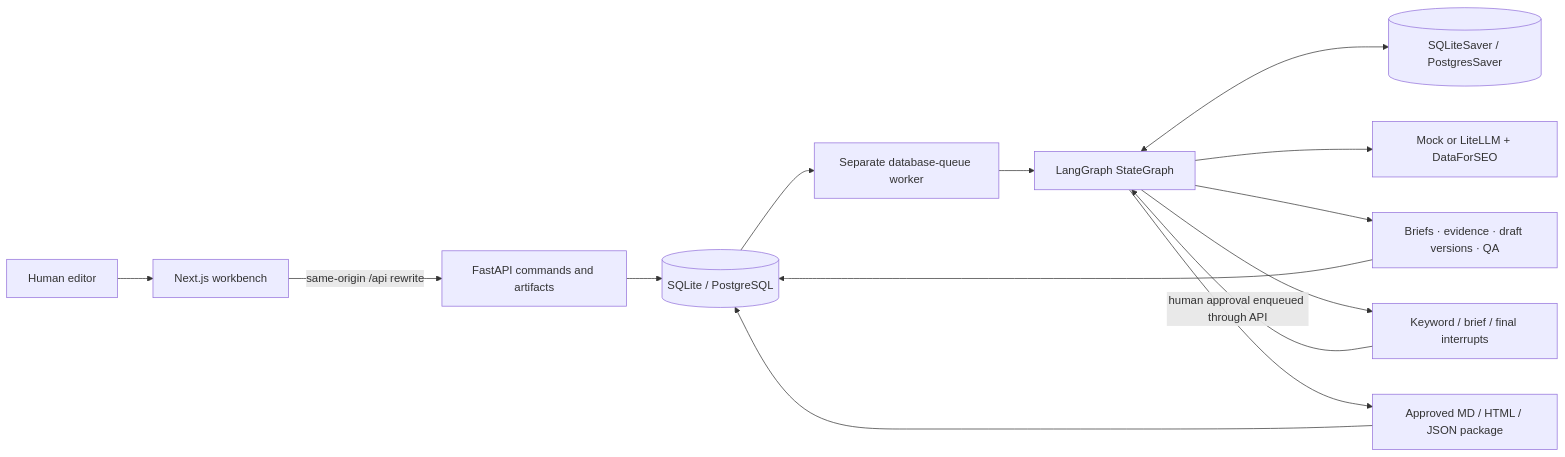
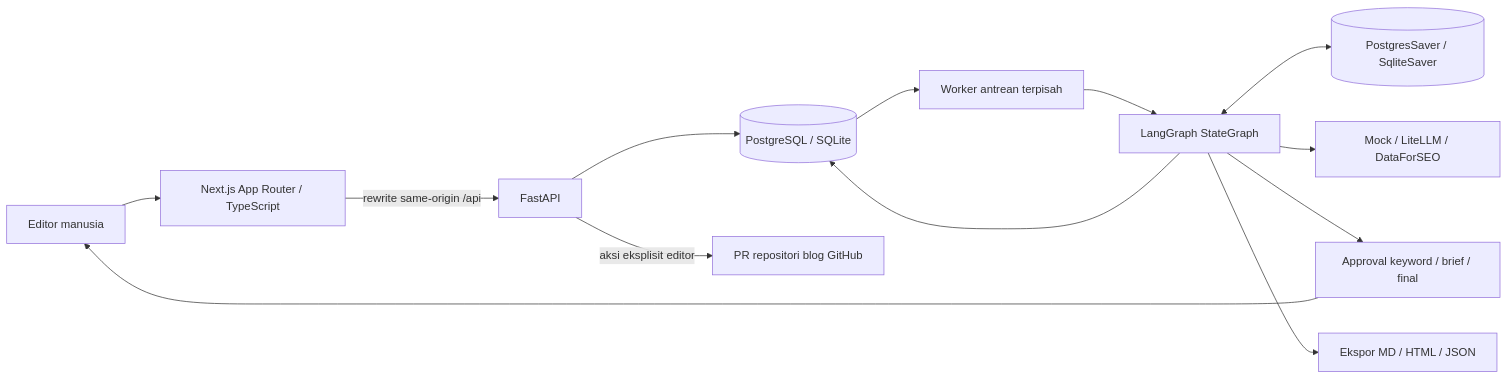
One commit to benih-dev/seo-content-intelligence changed the diagram in README.md. Above: the diagram before and after it, drawn with Mermaid. The commit also changed other lines of this file and 1 other file, not shown here.

````diff
--- a/README.md
+++ b/README.md
@@ -117,16 +51,15 @@
 ```mermaid
 flowchart LR
-    Editor[Human editor] --> Web[Next.js workbench]
-    Web -->|same-origin /api rewrite| API[FastAPI commands and artifacts]
-    API --> DB[(SQLite / PostgreSQL)]
-    DB --> Worker[Separate database-queue worker]
+    Editor[Editor manusia] --> Web[Next.js App Router / TypeScript]
+    Web -->|rewrite same-origin /api| API[FastAPI]
+    API --> DB[(PostgreSQL / SQLite)]
+    DB --> Worker[Worker antrean terpisah]
     Worker --> Graph[LangGraph StateGraph]
-    Graph <--> Checkpoints[(SQLiteSaver / PostgresSaver)]
-    Graph --> Providers[Mock or LiteLLM + DataForSEO]
-    Graph --> Artifacts[Briefs · evidence · draft versions · QA]
-    Artifacts --> DB
-    Graph --> Gates[Keyword / brief / final interrupts]
-    Gates -->|human approval enqueued through API| Graph
-    Graph --> Export[Approved MD / HTML / JSON package]
-    Export --> DB
+    Graph <--> Checkpoint[(PostgresSaver / SqliteSaver)]
+    Graph --> Providers[Mock / LiteLLM / DataForSEO]
+    Graph --> DB
+    Graph --> Gates[Approval keyword / brief / final]
+    Gates --> Editor
+    Graph --> Export[Ekspor MD / HTML / JSON]
+    API -->|aksi eksplisit editor| GitHub[PR repositori blog GitHub]
 ```
````
